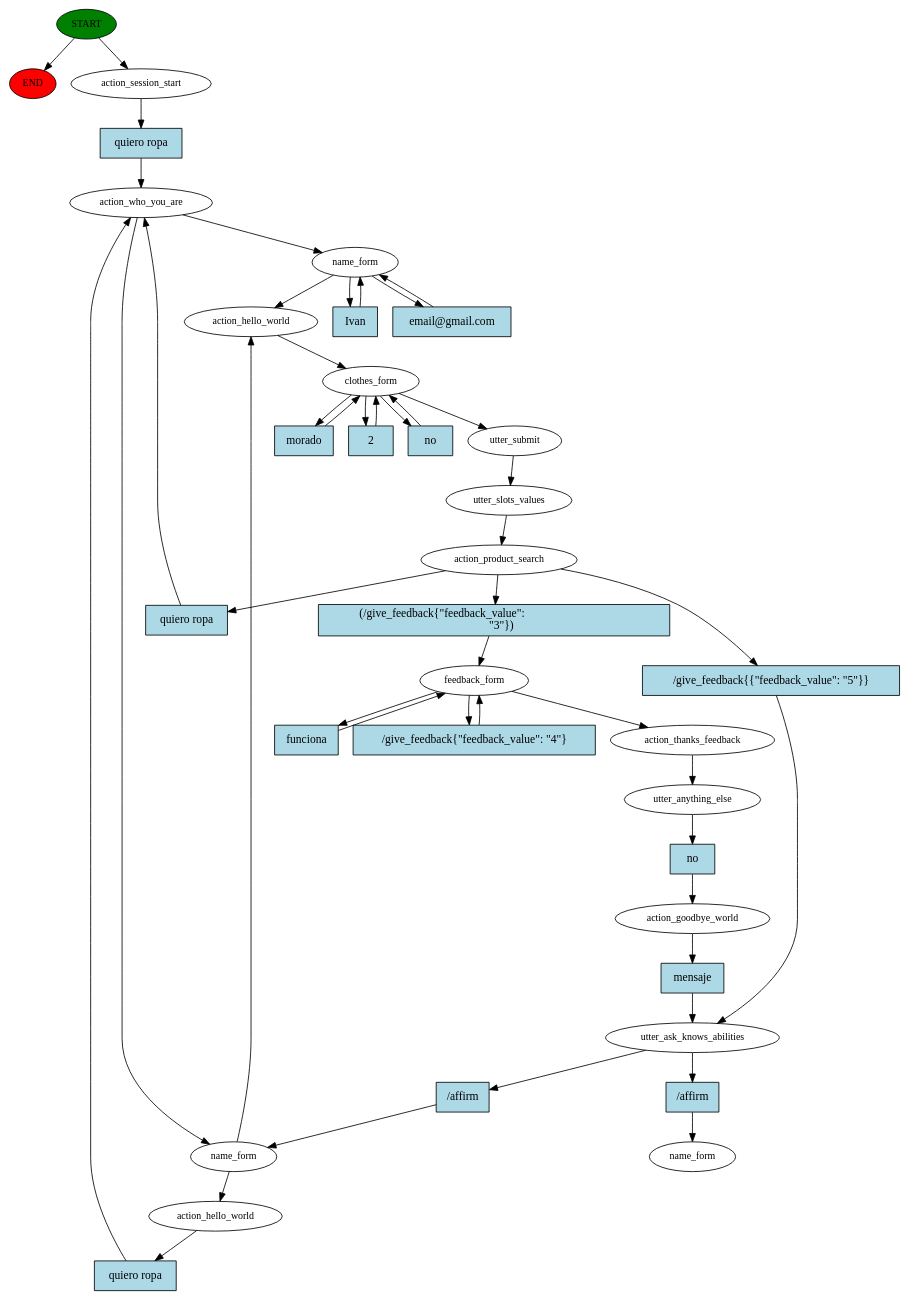
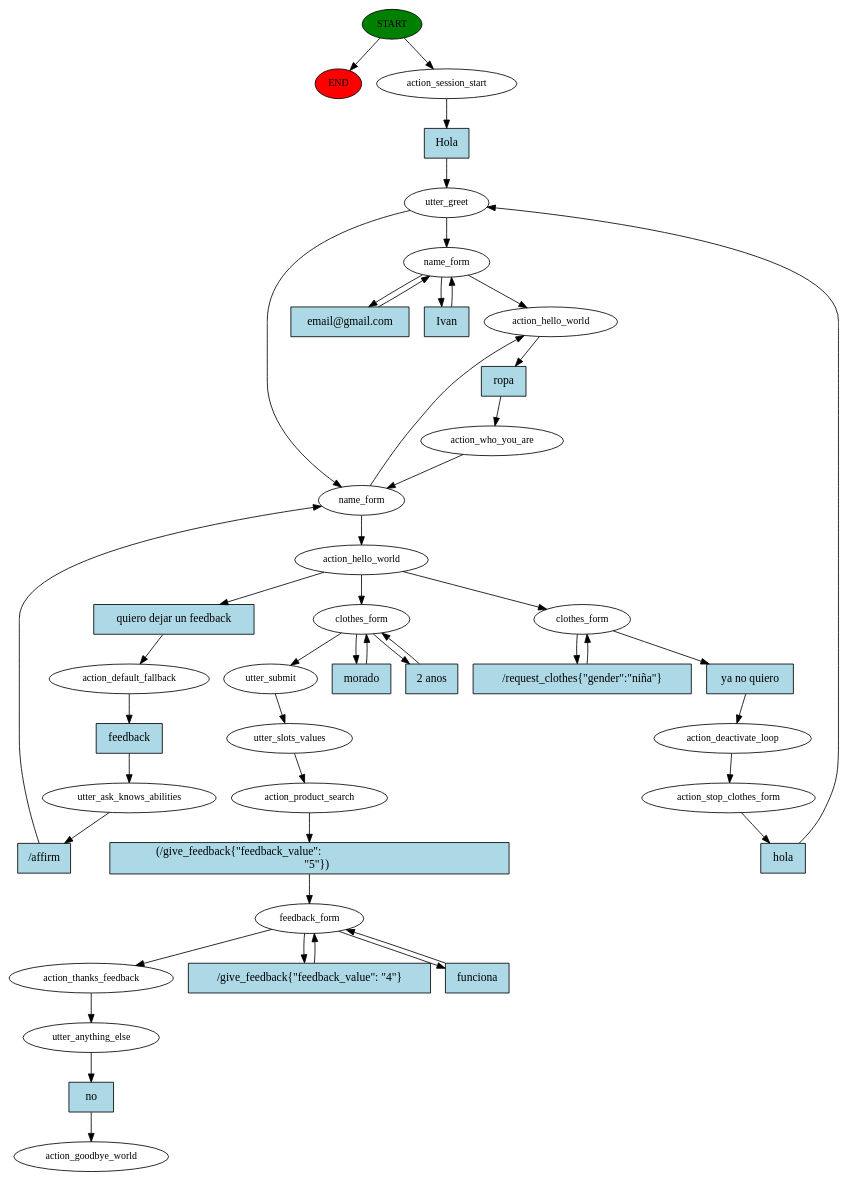
Before and after one commit to kabirivan/Ecommerce-Assistant-Jasmine: the diagram in story_graph.dot, drawn with Graphviz. The commit also changed 3 other files, not shown here.

```diff
--- a/story_graph.dot
+++ b/story_graph.dot
@@ -1,81 +1,88 @@
 digraph  {
 0 [class="start active", fillcolor=green, fontsize=12, label=START, style=filled];
 "-1" [class=end, fillcolor=red, fontsize=12, label=END, style=filled];
 1 [class=active, fontsize=12, label=action_session_start];
-2 [class=active, fontsize=12, label=action_who_you_are];
+2 [class=active, fontsize=12, label=utter_greet];
 3 [class=active, fontsize=12, label=name_form];
 6 [class=active, fontsize=12, label=action_hello_world];
-7 [class=active, fontsize=12, label=clothes_form];
-12 [class=active, fontsize=12, label=utter_submit];
-13 [class=active, fontsize=12, label=utter_slots_values];
-14 [class=active, fontsize=12, label=action_product_search];
-15 [class=active, fontsize=12, label=utter_ask_knows_abilities];
-16 [class=active, fontsize=12, label=name_form];
-17 [class=active, fontsize=12, label=action_hello_world];
-40 [class=active, fontsize=12, label=feedback_form];
-43 [class=active, fontsize=12, label=action_thanks_feedback];
-44 [class=active, fontsize=12, label=utter_anything_else];
-45 [class=active, fontsize=12, label=action_goodbye_world];
-47 [class="dashed active", fontsize=12, label=name_form];
-48 [class="intent active", fillcolor=lightblue, label="quiero ropa", shape=rect, style=filled];
-49 [class="intent active", fillcolor=lightblue, label=Ivan, shape=rect, style=filled];
-50 [class="intent active", fillcolor=lightblue, label="email@gmail.com", shape=rect, style=filled];
-51 [class="intent active", fillcolor=lightblue, label=2, shape=rect, style=filled];
-52 [class="intent active", fillcolor=lightblue, label=no, shape=rect, style=filled];
-53 [class="intent active", fillcolor=lightblue, label=morado, shape=rect, style=filled];
-54 [class="intent active", fillcolor=lightblue, label="/give_feedback{{\"feedback_value\": \"5\"}}", shape=rect, style=filled];
-55 [class="intent active", fillcolor=lightblue, label="quiero ropa", shape=rect, style=filled];
-56 [class="intent active", fillcolor=lightblue, label="(/give_feedback{\"feedback_value\":                                    \n      \"3\"})", shape=rect, style=filled];
-57 [class="intent active", fillcolor=lightblue, label="/affirm", shape=rect, style=filled];
-58 [class="intent active", fillcolor=lightblue, label="/affirm", shape=rect, style=filled];
-59 [class="intent active", fillcolor=lightblue, label="quiero ropa", shape=rect, style=filled];
-60 [class="intent active", fillcolor=lightblue, label="/give_feedback{\"feedback_value\": \"4\"}", shape=rect, style=filled];
-61 [class="intent active", fillcolor=lightblue, label=funciona, shape=rect, style=filled];
-62 [class="intent active", fillcolor=lightblue, label=no, shape=rect, style=filled];
-63 [class="intent active", fillcolor=lightblue, label=mensaje, shape=rect, style=filled];
+7 [class=active, fontsize=12, label=action_who_you_are];
+8 [class=active, fontsize=12, label=name_form];
+9 [class=active, fontsize=12, label=action_hello_world];
+10 [class=active, fontsize=12, label=clothes_form];
+12 [class=active, fontsize=12, label=action_deactivate_loop];
+13 [class=active, fontsize=12, label=action_stop_clothes_form];
+17 [class=active, fontsize=12, label=action_default_fallback];
+18 [class=active, fontsize=12, label=utter_ask_knows_abilities];
+24 [class=active, fontsize=12, label=clothes_form];
+29 [class=active, fontsize=12, label=utter_submit];
+30 [class=active, fontsize=12, label=utter_slots_values];
+31 [class=active, fontsize=12, label=action_product_search];
+32 [class=active, fontsize=12, label=feedback_form];
+35 [class=active, fontsize=12, label=action_thanks_feedback];
+36 [class=active, fontsize=12, label=utter_anything_else];
+37 [class="dashed active", fontsize=12, label=action_goodbye_world];
+38 [class="intent active", fillcolor=lightblue, label=Hola, shape=rect, style=filled];
+39 [class="intent active", fillcolor=lightblue, label=Ivan, shape=rect, style=filled];
+40 [class="intent active", fillcolor=lightblue, label="email@gmail.com", shape=rect, style=filled];
+41 [class="intent active", fillcolor=lightblue, label=ropa, shape=rect, style=filled];
+42 [class="intent active", fillcolor=lightblue, label="quiero dejar un feedback", shape=rect, style=filled];
+43 [class="intent active", fillcolor=lightblue, label="ya no quiero", shape=rect, style=filled];
+44 [class="intent active", fillcolor=lightblue, label="/request_clothes{\"gender\":\"niña\"}", shape=rect, style=filled];
+45 [class="intent active", fillcolor=lightblue, label=hola, shape=rect, style=filled];
+46 [class="intent active", fillcolor=lightblue, label=feedback, shape=rect, style=filled];
+47 [class="intent active", fillcolor=lightblue, label="/affirm", shape=rect, style=filled];
+48 [class="intent active", fillcolor=lightblue, label="2 anos", shape=rect, style=filled];
+49 [class="intent active", fillcolor=lightblue, label=morado, shape=rect, style=filled];
+50 [class="intent active", fillcolor=lightblue, label="(/give_feedback{\"feedback_value\":                                                 \n      \"5\"})", shape=rect, style=filled];
+51 [class="intent active", fillcolor=lightblue, label="/give_feedback{\"feedback_value\": \"4\"}", shape=rect, style=filled];
+52 [class="intent active", fillcolor=lightblue, label=funciona, shape=rect, style=filled];
+53 [class="intent active", fillcolor=lightblue, label=no, shape=rect, style=filled];
 0 -> "-1"  [class="", key=NONE, label=""];
 0 -> 1  [class=active, key=NONE, label=""];
-1 -> 48  [class=active, key=0];
+1 -> 38  [class=active, key=0];
 2 -> 3  [class=active, key=NONE, label=""];
-2 -> 16  [class=active, key=NONE, label=""];
+2 -> 8  [class=active, key=NONE, label=""];
 3 -> 6  [class=active, key=NONE, label=""];
-3 -> 49  [class=active, key=0];
-3 -> 50  [class=active, key=0];
-6 -> 7  [class=active, key=NONE, label=""];
-7 -> 12  [class=active, key=NONE, label=""];
-7 -> 51  [class=active, key=0];
-7 -> 52  [class=active, key=0];
-7 -> 53  [class=active, key=0];
+3 -> 39  [class=active, key=0];
+3 -> 40  [class=active, key=0];
+6 -> 41  [class=active, key=0];
+7 -> 8  [class=active, key=NONE, label=""];
+8 -> 9  [class=active, key=NONE, label=""];
+8 -> 6  [class=active, key=NONE, label=""];
+9 -> 10  [class=active, key=NONE, label=""];
+9 -> 24  [class=active, key=NONE, label=""];
+9 -> 42  [class=active, key=0];
+10 -> 43  [class=active, key=0];
+10 -> 44  [class=active, key=0];
 12 -> 13  [class=active, key=NONE, label=""];
-13 -> 14  [class=active, key=NONE, label=""];
-14 -> 54  [class=active, key=0];
-14 -> 55  [class=active, key=0];
-14 -> 56  [class=active, key=0];
-15 -> 57  [class=active, key=0];
-15 -> 58  [class=active, key=0];
-16 -> 17  [class=active, key=NONE, label=""];
-16 -> 6  [class=active, key=NONE, label=""];
-17 -> 59  [class=active, key=0];
-40 -> 43  [class=active, key=NONE, label=""];
-40 -> 60  [class=active, key=0];
-40 -> 61  [class=active, key=0];
-43 -> 44  [class=active, key=NONE, label=""];
-44 -> 62  [class=active, key=0];
-45 -> 63  [class=active, key=0];
-48 -> 2  [class=active, key=0];
-49 -> 3  [class=active, key=0];
-50 -> 3  [class=active, key=0];
-51 -> 7  [class=active, key=0];
-52 -> 7  [class=active, key=0];
-53 -> 7  [class=active, key=0];
-54 -> 15  [class=active, key=0];
-55 -> 2  [class=active, key=0];
-56 -> 40  [class=active, key=0];
-57 -> 16  [class=active, key=0];
-58 -> 47  [class=active, key=0];
-59 -> 2  [class=active, key=0];
-60 -> 40  [class=active, key=0];
-61 -> 40  [class=active, key=0];
-62 -> 45  [class=active, key=0];
-63 -> 15  [class=active, key=0];
+13 -> 45  [class=active, key=0];
+17 -> 46  [class=active, key=0];
+18 -> 47  [class=active, key=0];
+24 -> 29  [class=active, key=NONE, label=""];
+24 -> 48  [class=active, key=0];
+24 -> 49  [class=active, key=0];
+29 -> 30  [class=active, key=NONE, label=""];
+30 -> 31  [class=active, key=NONE, label=""];
+31 -> 50  [class=active, key=0];
+32 -> 35  [class=active, key=NONE, label=""];
+32 -> 51  [class=active, key=0];
+32 -> 52  [class=active, key=0];
+35 -> 36  [class=active, key=NONE, label=""];
+36 -> 53  [class=active, key=0];
+38 -> 2  [class=active, key=0];
+39 -> 3  [class=active, key=0];
+40 -> 3  [class=active, key=0];
+41 -> 7  [class=active, key=0];
+42 -> 17  [class=active, key=0];
+43 -> 12  [class=active, key=0];
+44 -> 10  [class=active, key=0];
+45 -> 2  [class=active, key=0];
+46 -> 18  [class=active, key=0];
+47 -> 8  [class=active, key=0];
+48 -> 24  [class=active, key=0];
+49 -> 24  [class=active, key=0];
+50 -> 32  [class=active, key=0];
+51 -> 32  [class=active, key=0];
+52 -> 32  [class=active, key=0];
+53 -> 37  [class=active, key=0];
 }
```
